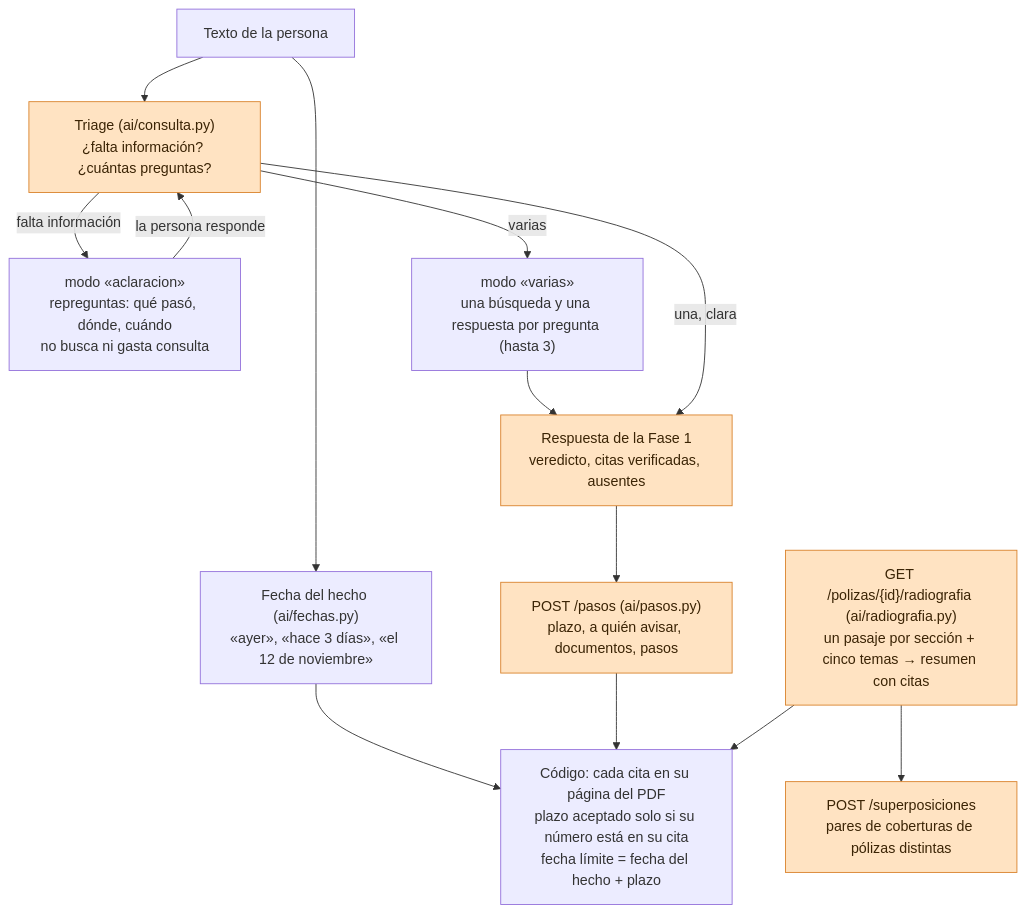
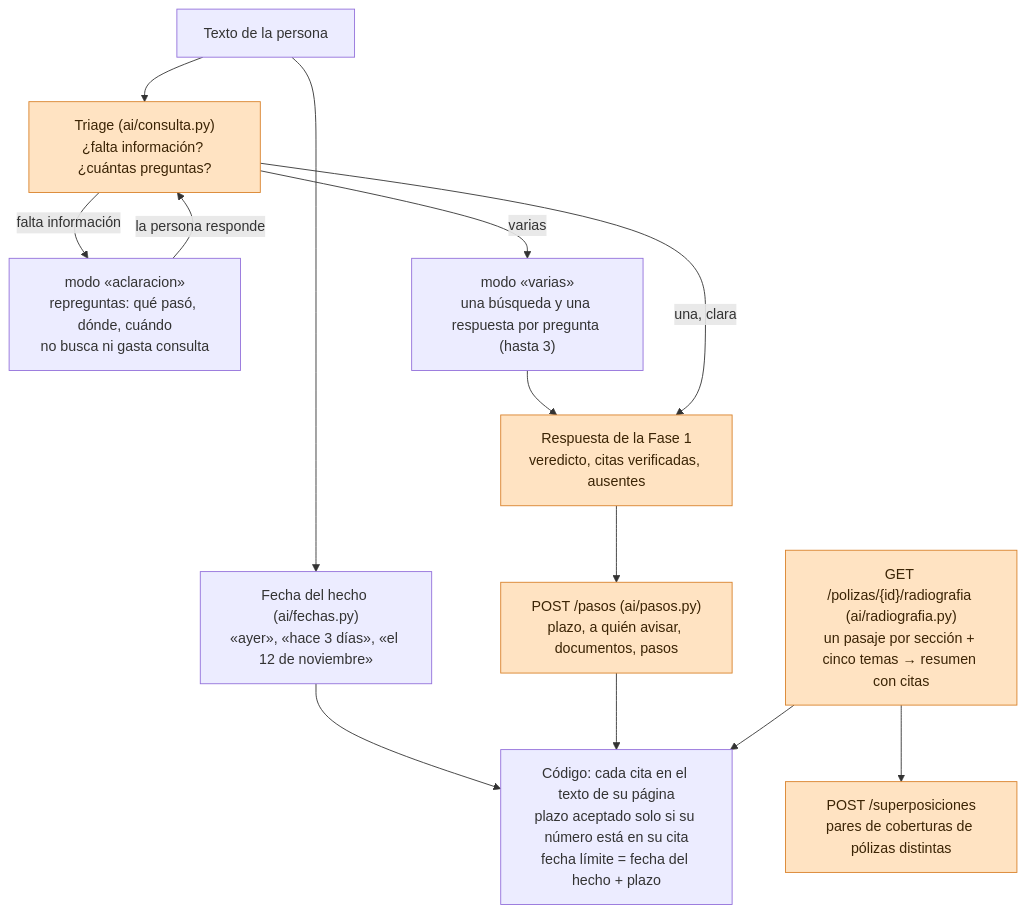
The second of 3 diagrams in docs/arquitectura.md (RenatoGates/que-me-cubre), drawn with Mermaid before and after one commit. The commit also changed other lines of this file and 6 other files, not shown here.

````diff
--- a/docs/arquitectura.md
+++ b/docs/arquitectura.md
@@ -52,25 +52,25 @@
 ```mermaid
 flowchart TD
     TXT["Texto de la persona"]
     TRI["Triage (ai/consulta.py)<br/>¿falta información? ¿cuántas preguntas?"]
     ACL["modo «aclaracion»<br/>repreguntas: qué pasó, dónde, cuándo<br/>no busca ni gasta consulta"]
     VAR["modo «varias»<br/>una búsqueda y una respuesta por pregunta (hasta 3)"]
     RESP["Respuesta de la Fase 1<br/>veredicto, citas verificadas, ausentes"]
     FEC["Fecha del hecho (ai/fechas.py)<br/>«ayer», «hace 3 días», «el 12 de noviembre»"]
     PAS["POST /pasos (ai/pasos.py)<br/>plazo, a quién avisar, documentos, pasos"]
-    VAL["Código: cada cita en su página del PDF<br/>plazo aceptado solo si su número está en su cita<br/>fecha límite = fecha del hecho + plazo"]
+    VAL["Código: cada cita en el texto de su página<br/>plazo aceptado solo si su número está en su cita<br/>fecha límite = fecha del hecho + plazo"]
     RAD["GET /polizas/{id}/radiografia (ai/radiografia.py)<br/>un pasaje por sección + cinco temas → resumen con citas"]
     SUP["POST /superposiciones<br/>pares de coberturas de pólizas distintas"]
 
     TXT --> TRI
     TRI -- "falta información" --> ACL -- "la persona responde" --> TRI
     TRI -- "varias" --> VAR --> RESP
     TRI -- "una, clara" --> RESP
     TXT --> FEC --> VAL
     RESP --> PAS --> VAL
     RAD --> VAL
     RAD --> SUP
 
     classDef modelo fill:#ffe3c2,stroke:#d9822b,color:#3b2405
     class TRI,RESP,PAS,RAD,SUP modelo
 ```
````
